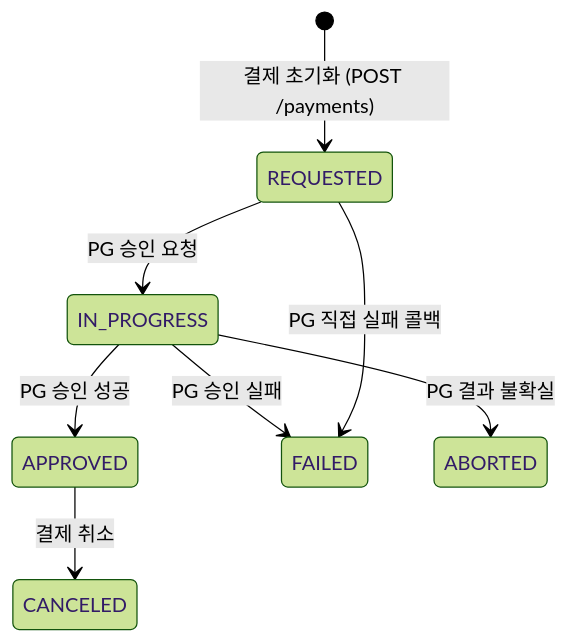
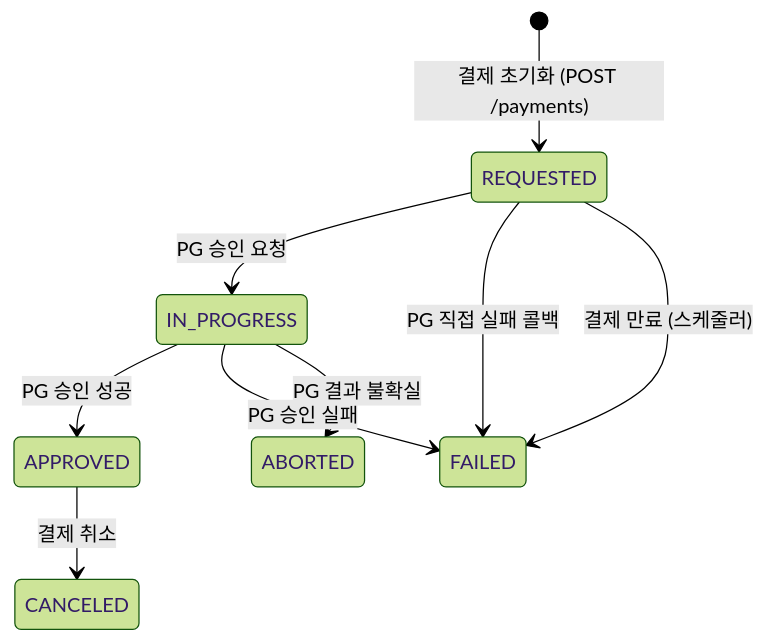
The third of 3 diagrams in README.md (wocks1123/commerce-msa), drawn with Mermaid (forest theme) before and after one commit. The commit also changed other lines of this file, not shown here.

````diff
--- a/README.md
+++ b/README.md
@@ -103,10 +104,11 @@
 ```mermaid
 stateDiagram-v2
     [*] --> REQUESTED: 결제 초기화 (POST /payments)
     REQUESTED --> IN_PROGRESS: PG 승인 요청
     IN_PROGRESS --> APPROVED: PG 승인 성공
     IN_PROGRESS --> FAILED: PG 승인 실패
     IN_PROGRESS --> ABORTED: PG 결과 불확실
     REQUESTED --> FAILED: PG 직접 실패 콜백
+    REQUESTED --> FAILED: 결제 만료 (스케줄러)
     APPROVED --> CANCELED: 결제 취소
 ```
````
